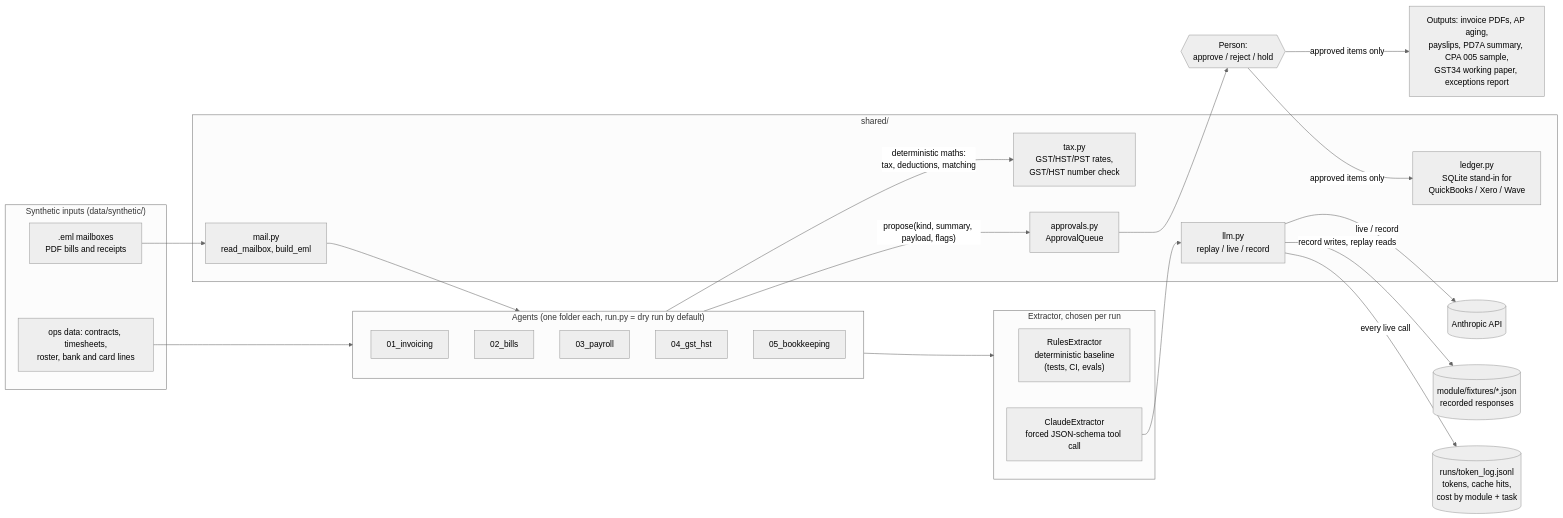
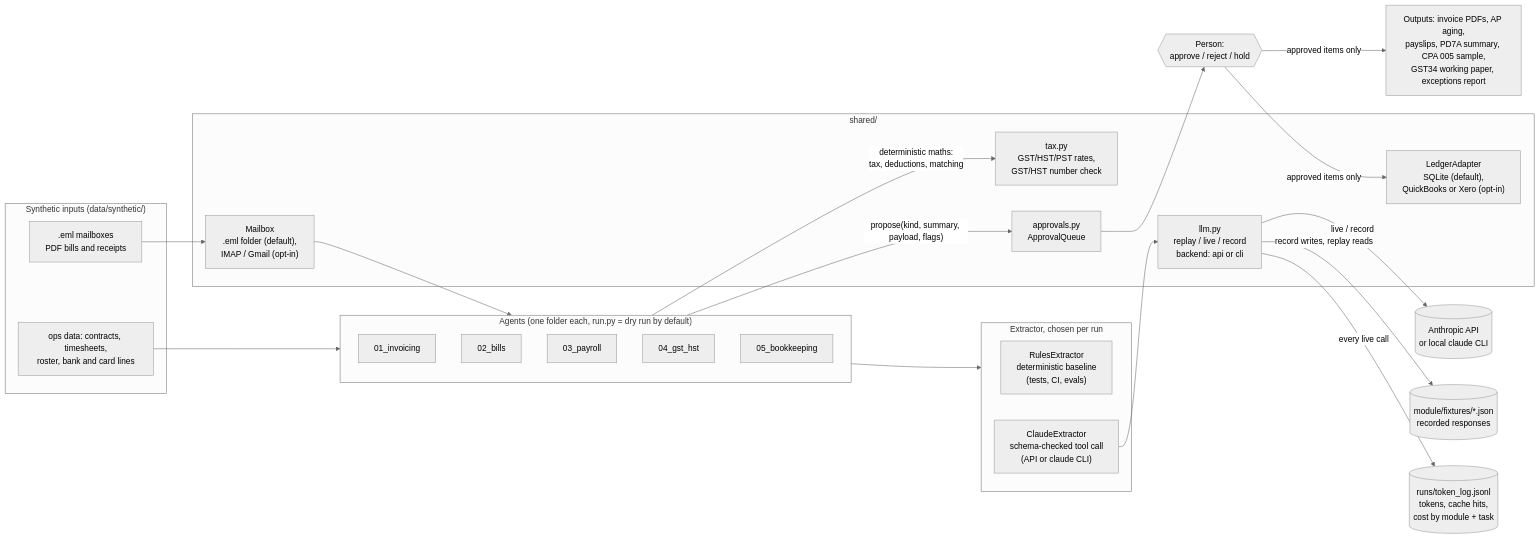
Before and after one commit to ankitmishra01/ai-finance-ops: the first of 2 diagrams in docs/architecture.md, drawn with Mermaid (neutral theme). The commit also changed other lines of this file and 14 other files, not shown here.

````diff
--- a/docs/architecture.md
+++ b/docs/architecture.md
@@ -5,47 +5,47 @@
 ```mermaid
 flowchart LR
     subgraph inputs["Synthetic inputs (data/synthetic/)"]
         MB[".eml mailboxes<br/>PDF bills and receipts"]
         OPS["ops data: contracts, timesheets,<br/>roster, bank and card lines"]
     end
 
     subgraph modules["Agents (one folder each, run.py = dry run by default)"]
         M1["01_invoicing"]
         M2["02_bills"]
         M3["03_payroll"]
         M4["04_gst_hst"]
         M5["05_bookkeeping"]
     end
 
     subgraph extract["Extractor, chosen per run"]
         RX["RulesExtractor<br/>deterministic baseline<br/>(tests, CI, evals)"]
-        CX["ClaudeExtractor<br/>forced JSON-schema tool call"]
+        CX["ClaudeExtractor<br/>schema-checked tool call<br/>(API or claude CLI)"]
     end
 
     subgraph shared["shared/"]
-        MAIL["mail.py<br/>read_mailbox, build_eml"]
-        LLM["llm.py<br/>replay / live / record"]
+        MAIL["Mailbox<br/>.eml folder (default),<br/>IMAP / Gmail (opt-in)"]
+        LLM["llm.py<br/>replay / live / record<br/>backend: api or cli"]
         TAX["tax.py<br/>GST/HST/PST rates,<br/>GST/HST number check"]
         APPR["approvals.py<br/>ApprovalQueue"]
-        LEDGER["ledger.py<br/>SQLite stand-in for<br/>QuickBooks / Xero / Wave"]
+        LEDGER["LedgerAdapter<br/>SQLite (default),<br/>QuickBooks or Xero (opt-in)"]
     end
 
-    API[("Anthropic API")]
+    API[("Anthropic API<br/>or local claude CLI")]
     FIX[("module/fixtures/*.json<br/>recorded responses")]
     TOK[("runs/token_log.jsonl<br/>tokens, cache hits,<br/>cost by module + task")]
     HUMAN{{"Person:<br/>approve / reject / hold"}}
     OUT["Outputs: invoice PDFs, AP aging,<br/>payslips, PD7A summary, CPA 005 sample,<br/>GST34 working paper, exceptions report"]
 
     MB --> MAIL --> modules
     OPS --> modules
     modules --> extract
     CX --> LLM
     LLM -- "live / record" --> API
     LLM -- "record writes, replay reads" --> FIX
     LLM -- "every live call" --> TOK
     modules -- "deterministic maths:<br/>tax, deductions, matching" --> TAX
     modules -- "propose(kind, summary, payload, flags)" --> APPR
     APPR --> HUMAN
     HUMAN -- "approved items only" --> LEDGER
     HUMAN -- "approved items only" --> OUT
 ```
````
